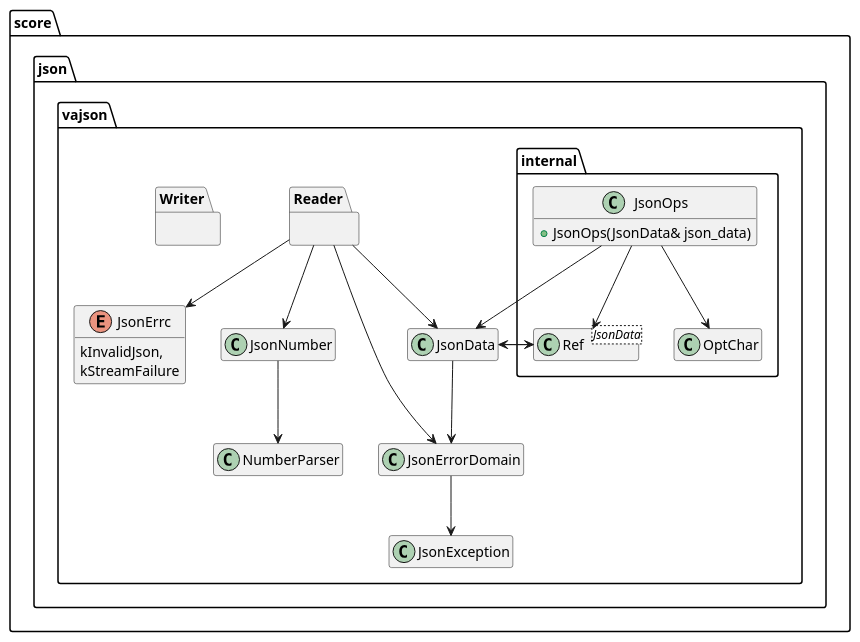
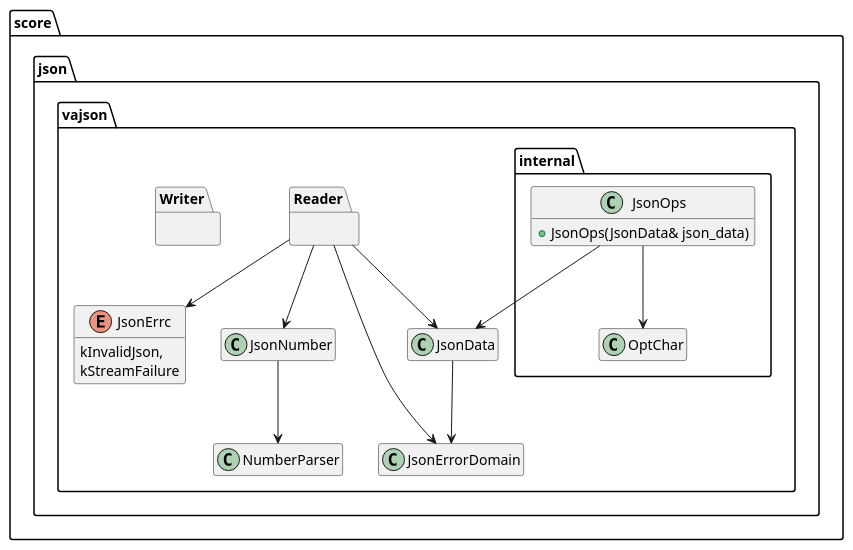
One commit to eclipse-score/baselibs changed the diagram in score/json/docs/vajson/detailed_design/logical/diagrams/Util.puml. Above: the diagram before and after it, drawn with PlantUML. The commit also changed 22 other files, not shown here.

```diff
--- a/score/json/docs/vajson/detailed_design/logical/diagrams/Util.puml
+++ b/score/json/docs/vajson/detailed_design/logical/diagrams/Util.puml
@@ -1,56 +1,50 @@
 @startuml
 hide empty members
 
 package "score" {
 
   package "json" {
   package "vajson" {
     enum JsonErrc {
       kInvalidJson,
       kStreamFailure
     }
 
 
     class NumberParser {}
 
     class JsonNumber {}
 
     package Reader {
     }
 
     package Writer {
     }
 
     class JsonData {}
 
     class JsonErrorDomain {}
-    class JsonException {}
 
     package "internal" {
       class JsonOps {
         + JsonOps(JsonData& json_data)
       }
-      class Ref<JsonData> {}
       class OptChar {}
     }
   }
   }
 }
 
 JsonNumber --> NumberParser
 
 Reader -down-> JsonNumber
 Reader -down-> JsonErrorDomain
 Reader -down-> JsonErrc
 Reader -down-> JsonData
 
-JsonOps --> Ref
-Ref --> JsonData
-JsonData --> Ref
 JsonOps --> JsonData
 JsonOps --> OptChar
 
 JsonData --> JsonErrorDomain
-JsonErrorDomain --> JsonException
 
 @enduml
```
